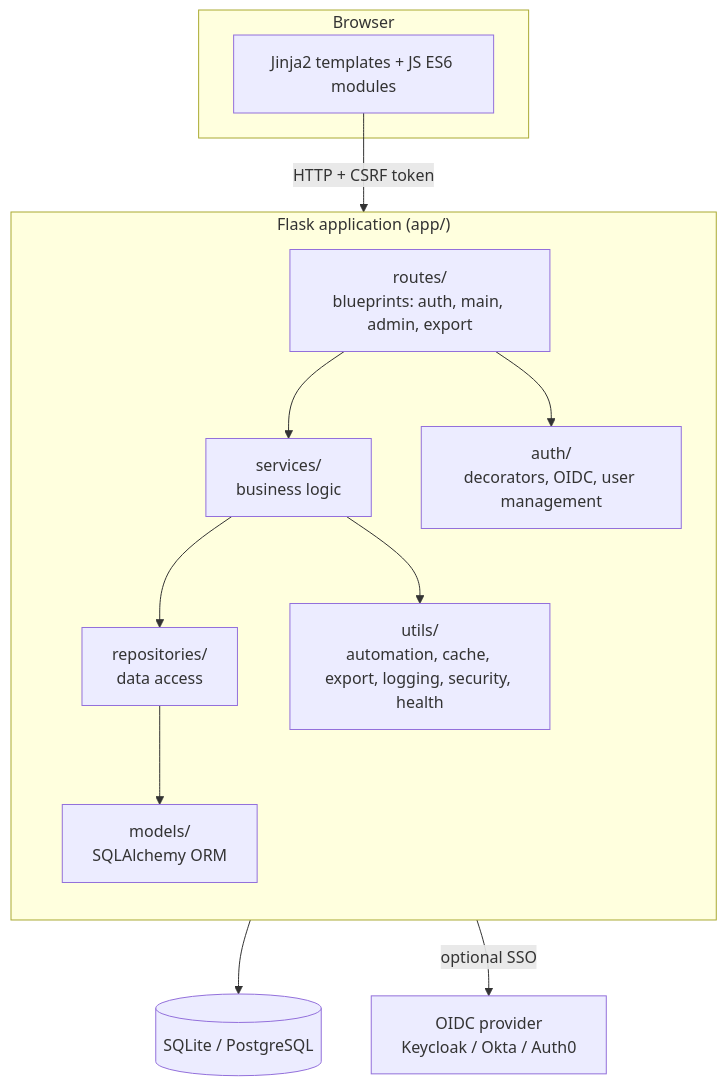
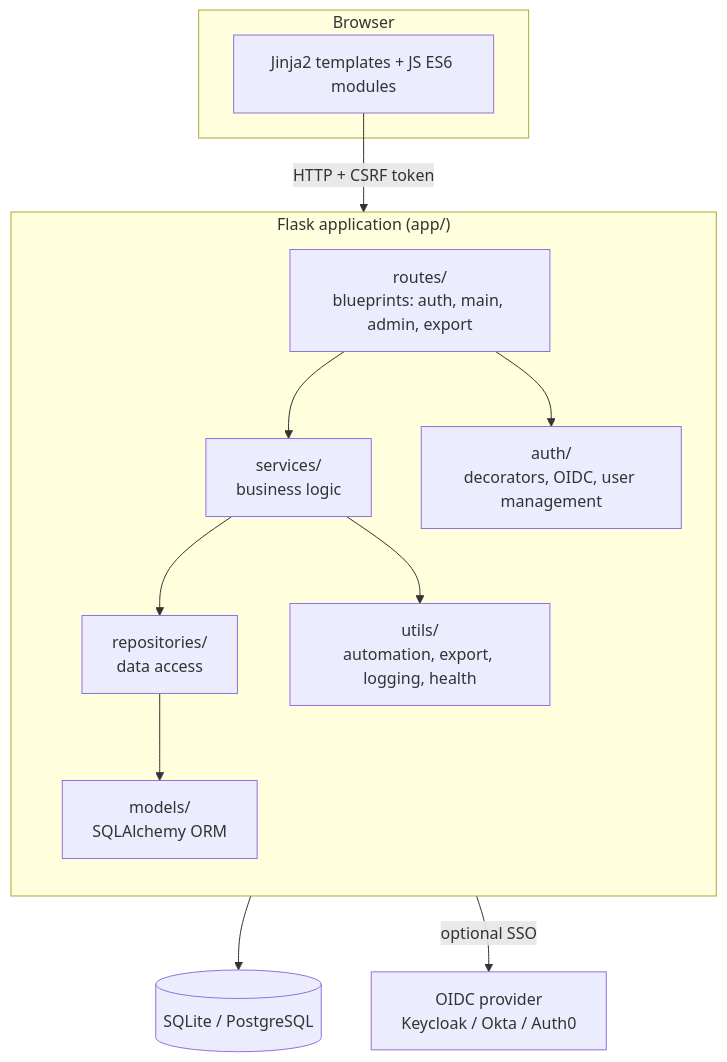
The first of 2 diagrams in Docs/architecture/ARCHITECTURE.md (FoxOps/kairos), drawn with Mermaid before and after one commit. The commit also changed other lines of this file, not shown here.

First line of the commit message:
docs: fix factual bugs in ARCHITECTURE.md found during audit

````diff
--- a/Docs/architecture/ARCHITECTURE.md
+++ b/Docs/architecture/ARCHITECTURE.md
@@ -9,29 +9,29 @@
 ```mermaid
 graph TB
     subgraph Client["Browser"]
         UI[Jinja2 templates + JS ES6 modules]
     end
 
     subgraph Flask["Flask application (app/)"]
         direction TB
         Routes["routes/<br/>blueprints: auth, main, admin, export"]
         Services["services/<br/>business logic"]
         Repos["repositories/<br/>data access"]
         Models["models/<br/>SQLAlchemy ORM"]
         Auth["auth/<br/>decorators, OIDC, user management"]
-        Utils["utils/<br/>automation, cache, export, logging, security, health"]
+        Utils["utils/<br/>automation, export, logging, health"]
 
         Routes --> Services
         Services --> Repos
         Repos --> Models
         Routes --> Auth
         Services --> Utils
     end
 
     DB[(SQLite / PostgreSQL)]
     IdP[OIDC provider<br/>Keycloak / Okta / Auth0]
 
     UI -->|HTTP + CSRF token| Routes
     Models --> DB
     Auth -->|optional SSO| IdP
 ```
````
